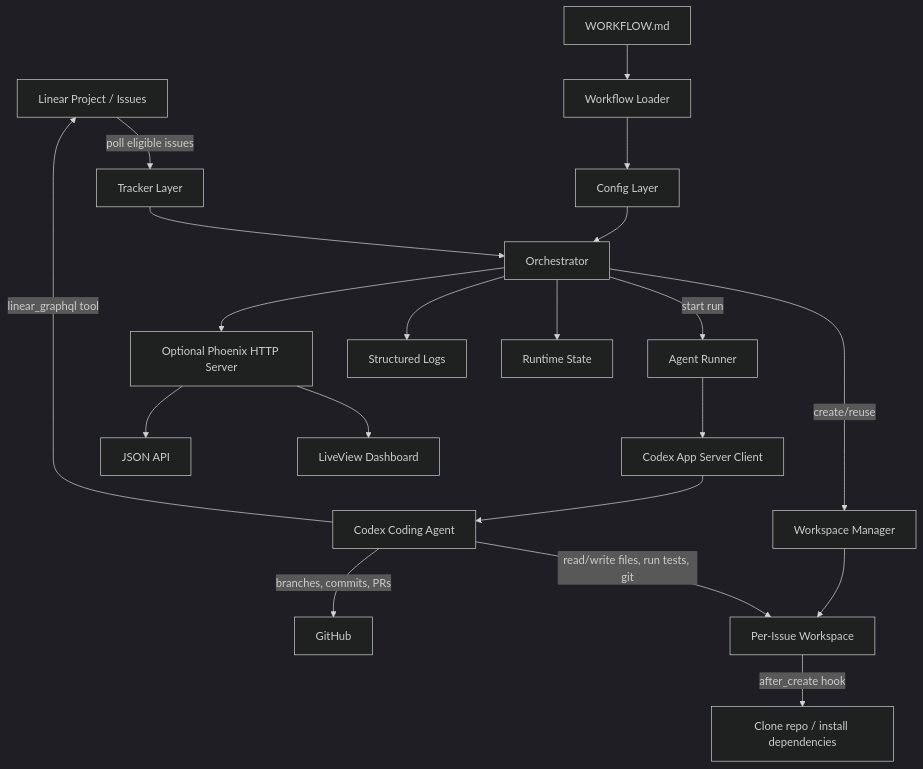
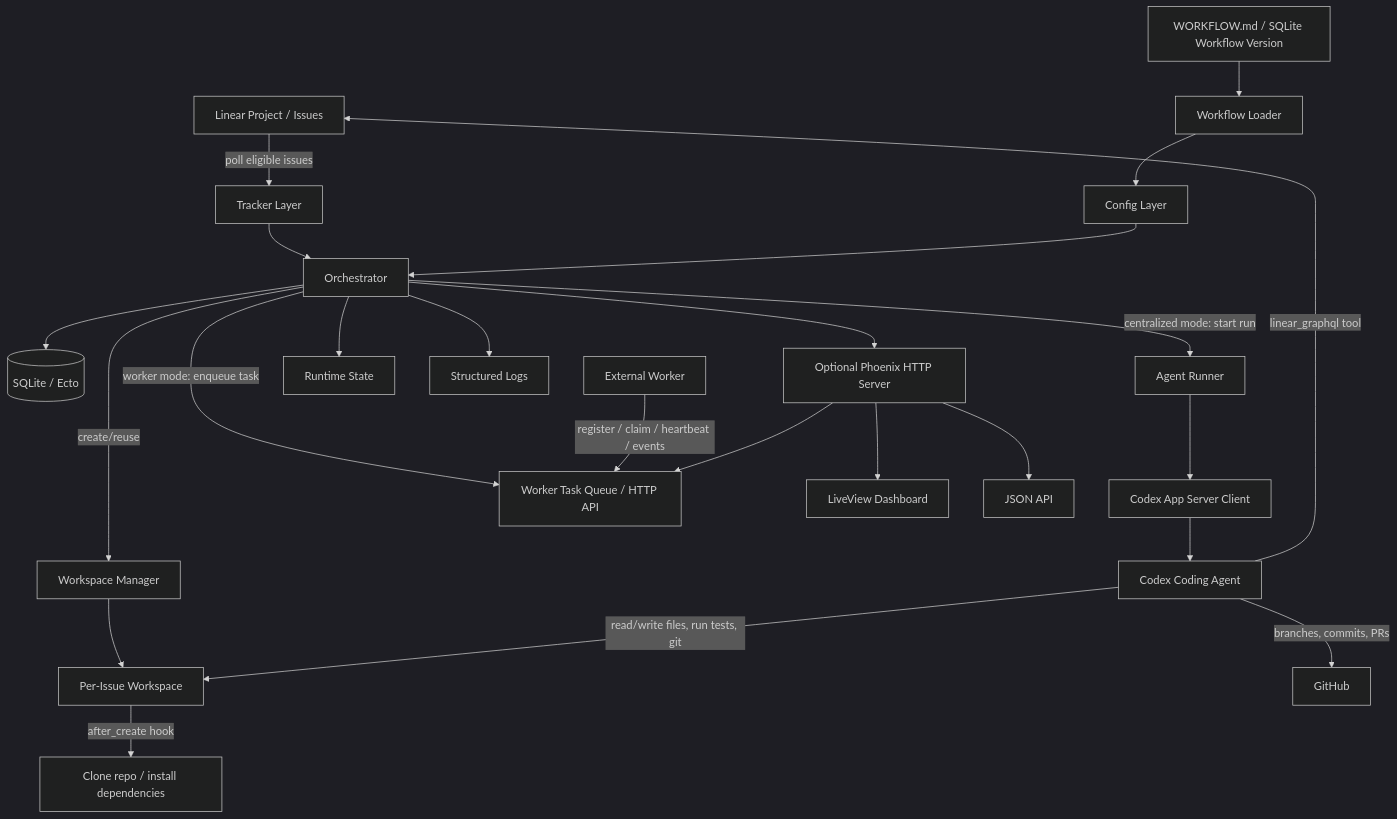
One commit to VikingMew/symphony changed the first of 2 diagrams in ARCHITECTURE.md. Above: the diagram before and after it, drawn with Mermaid (dark theme). The commit also changed other lines of this file and 27 other files, not shown here.

````diff
--- a/ARCHITECTURE.md
+++ b/ARCHITECTURE.md
@@ -39,27 +42,31 @@
 ```mermaid
 flowchart TD
     linear[Linear Project / Issues] -->|poll eligible issues| tracker[Tracker Layer]
     tracker --> orchestrator[Orchestrator]
 
-    workflow[WORKFLOW.md] --> loader[Workflow Loader]
+    workflow[WORKFLOW.md / SQLite Workflow Version] --> loader[Workflow Loader]
     loader --> config[Config Layer]
     config --> orchestrator
+    orchestrator --> sqlite[(SQLite / Ecto)]
 
     orchestrator -->|create/reuse| workspace[Workspace Manager]
     workspace --> issuews[Per-Issue Workspace]
     issuews -->|after_create hook| bootstrap[Clone repo / install dependencies]
 
-    orchestrator -->|start run| runner[Agent Runner]
+    orchestrator -->|centralized mode: start run| runner[Agent Runner]
     runner --> appserver[Codex App Server Client]
     appserver --> codex[Codex Coding Agent]
+    orchestrator -->|worker mode: enqueue task| workerapi[Worker Task Queue / HTTP API]
+    extworker[External Worker] -->|register / claim / heartbeat / events| workerapi
 
     codex -->|read/write files, run tests, git| issuews
     codex -->|linear_graphql tool| linear
     codex -->|branches, commits, PRs| github[GitHub]
 
     orchestrator --> state[Runtime State]
     orchestrator --> logs[Structured Logs]
     orchestrator --> http[Optional Phoenix HTTP Server]
     http --> dashboard[LiveView Dashboard]
     http --> api[JSON API]
+    http --> workerapi
 ```
````
